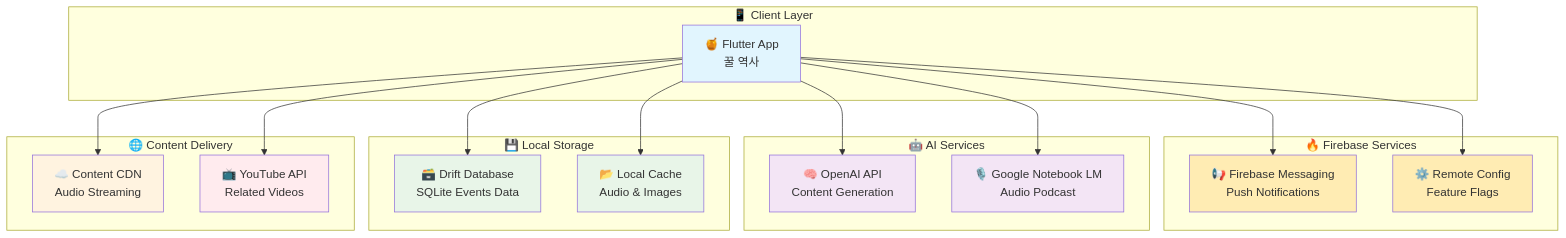
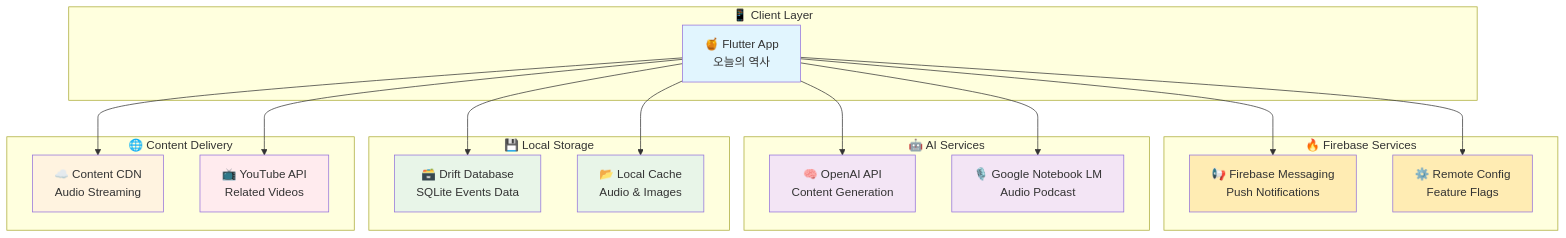
Before and after one commit to izowooi/honey-history: the first of 5 diagrams in flutter_proj/README.md, drawn with Mermaid. The commit also changed other lines of this file, not shown here.

````diff
--- a/flutter_proj/README.md
+++ b/flutter_proj/README.md
@@ -68,45 +68,45 @@
 ```mermaid
 graph TB
     subgraph "📱 Client Layer"
-        Flutter[🍯 Flutter App<br/>꿀 역사]
+        Flutter[🍯 Flutter App<br/>오늘의 역사]
     end
     
     subgraph "🔥 Firebase Services"
         FCM[📢 Firebase Messaging<br/>Push Notifications]
         RC[⚙️ Remote Config<br/>Feature Flags]
     end
     
     subgraph "🤖 AI Services"
         OpenAI[🧠 OpenAI API<br/>Content Generation]
         NotebookLM[🎙️ Google Notebook LM<br/>Audio Podcast]
     end
     
     subgraph "💾 Local Storage"
         Drift[🗃️ Drift Database<br/>SQLite Events Data]
         Cache[📂 Local Cache<br/>Audio & Images]
     end
     
     subgraph "🌐 Content Delivery"
         CDN[☁️ Content CDN<br/>Audio Streaming]
         YouTube[📺 YouTube API<br/>Related Videos]
     end
     
     Flutter --> FCM
     Flutter --> RC
     Flutter --> OpenAI
     Flutter --> NotebookLM
     Flutter --> Drift
     Flutter --> Cache
     Flutter --> CDN
     Flutter --> YouTube
     
     style Flutter fill:#e1f5fe
     style FCM fill:#ffecb3
     style RC fill:#ffecb3
     style OpenAI fill:#f3e5f5
     style NotebookLM fill:#f3e5f5
     style Drift fill:#e8f5e8
     style Cache fill:#e8f5e8
     style CDN fill:#fff3e0
     style YouTube fill:#ffebee
 ```
````
